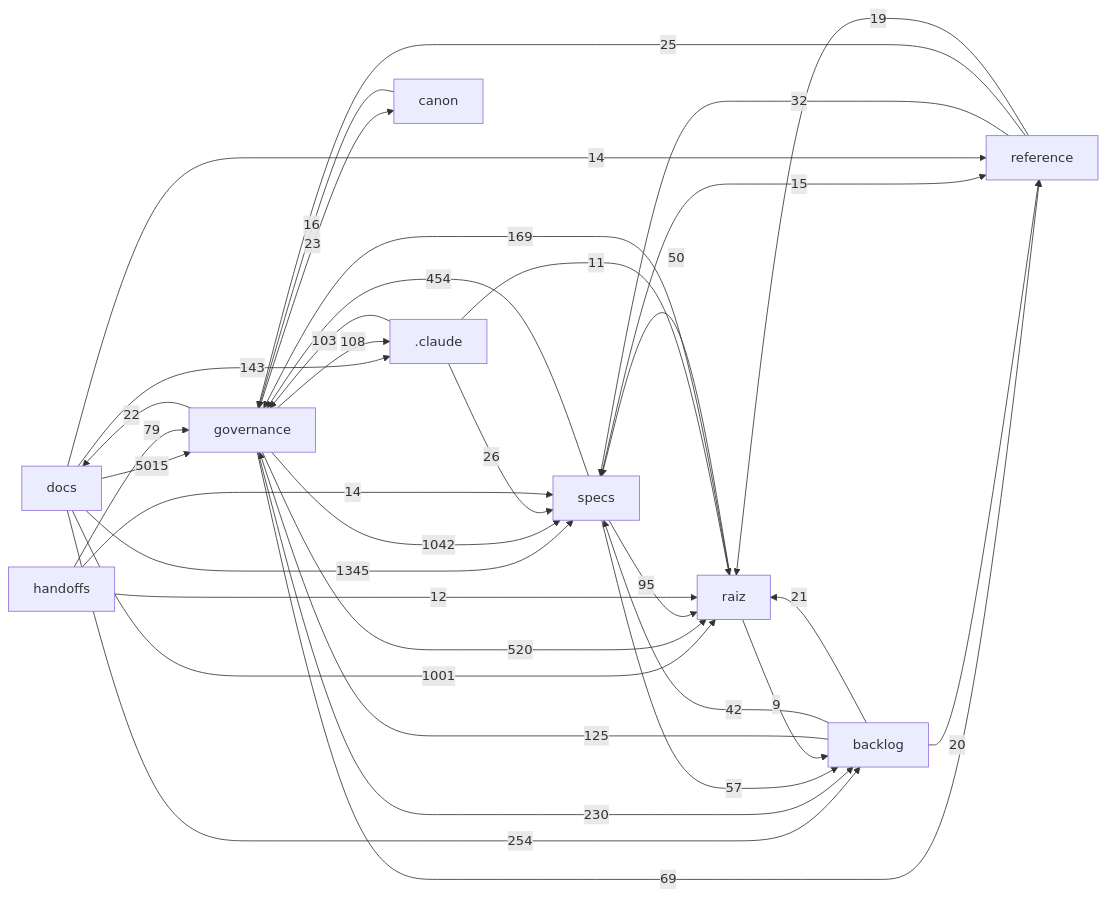
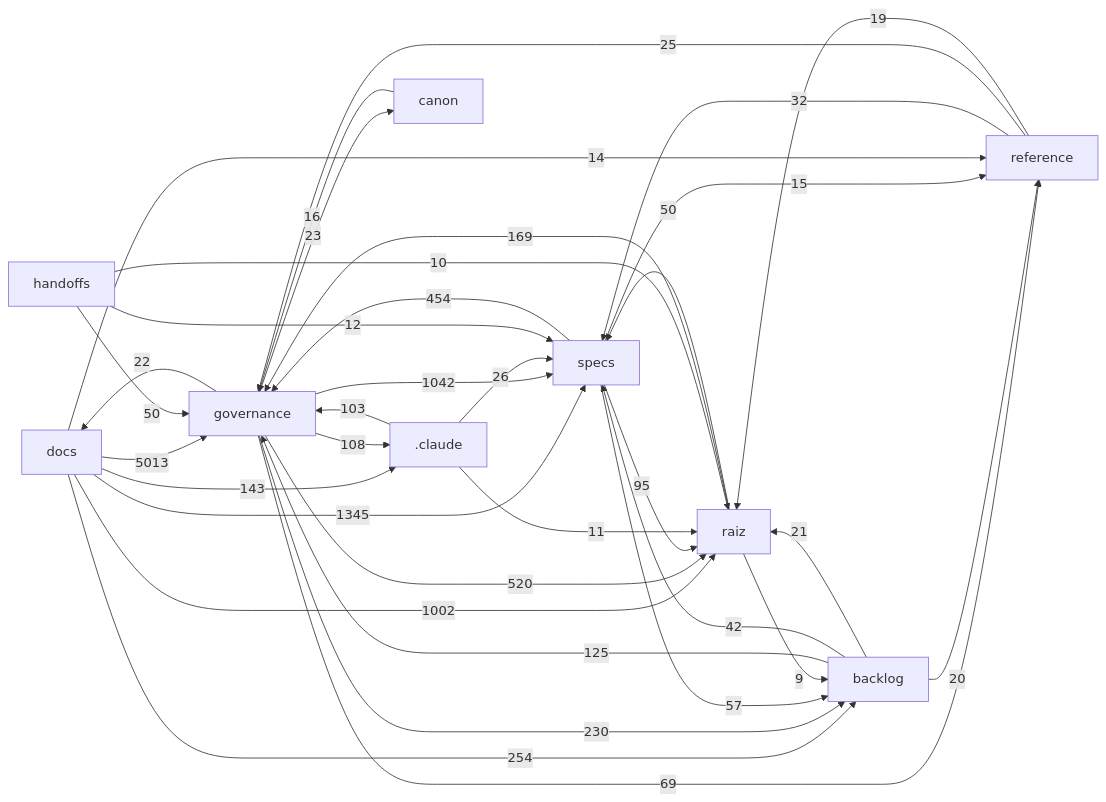
Before and after one commit to Andraus35/Sistema-Operacional-de-Trading--SOT: the diagram in docs/mapa/MAPA-PROJETO.md, drawn with Mermaid. The commit also changed other lines of this file and 2 other files, not shown here.

````diff
--- a/docs/mapa/MAPA-PROJETO.md
+++ b/docs/mapa/MAPA-PROJETO.md
@@ -30,37 +30,37 @@
 ```mermaid
 flowchart LR
-  docs["docs"] -->|5015| governance["governance"]
+  docs["docs"] -->|5013| governance["governance"]
   docs["docs"] -->|1345| specs["specs"]
   governance["governance"] -->|1042| specs["specs"]
-  docs["docs"] -->|1001| raiz["raiz"]
+  docs["docs"] -->|1002| raiz["raiz"]
   governance["governance"] -->|520| raiz["raiz"]
   specs["specs"] -->|454| governance["governance"]
   docs["docs"] -->|254| backlog["backlog"]
   governance["governance"] -->|230| backlog["backlog"]
   raiz["raiz"] -->|169| governance["governance"]
   docs["docs"] -->|143| _claude[".claude"]
   backlog["backlog"] -->|125| governance["governance"]
   governance["governance"] -->|108| _claude[".claude"]
   _claude[".claude"] -->|103| governance["governance"]
   specs["specs"] -->|95| raiz["raiz"]
-  handoffs["handoffs"] -->|79| governance["governance"]
   governance["governance"] -->|69| reference["reference"]
   specs["specs"] -->|57| backlog["backlog"]
   raiz["raiz"] -->|50| specs["specs"]
+  handoffs["handoffs"] -->|50| governance["governance"]
   backlog["backlog"] -->|42| specs["specs"]
   reference["reference"] -->|32| specs["specs"]
   _claude[".claude"] -->|26| specs["specs"]
   reference["reference"] -->|25| governance["governance"]
   governance["governance"] -->|23| canon["canon"]
   governance["governance"] -->|22| docs["docs"]
   backlog["backlog"] -->|21| raiz["raiz"]
   backlog["backlog"] -->|20| reference["reference"]
   reference["reference"] -->|19| raiz["raiz"]
   canon["canon"] -->|16| governance["governance"]
   specs["specs"] -->|15| reference["reference"]
   docs["docs"] -->|14| reference["reference"]
-  handoffs["handoffs"] -->|14| specs["specs"]
-  handoffs["handoffs"] -->|12| raiz["raiz"]
+  handoffs["handoffs"] -->|12| specs["specs"]
   _claude[".claude"] -->|11| raiz["raiz"]
+  handoffs["handoffs"] -->|10| raiz["raiz"]
   raiz["raiz"] -->|9| backlog["backlog"]
 ```
````
